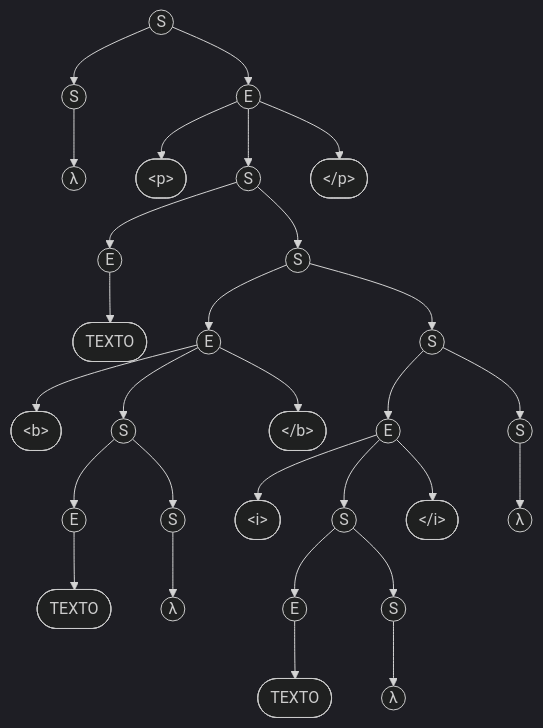
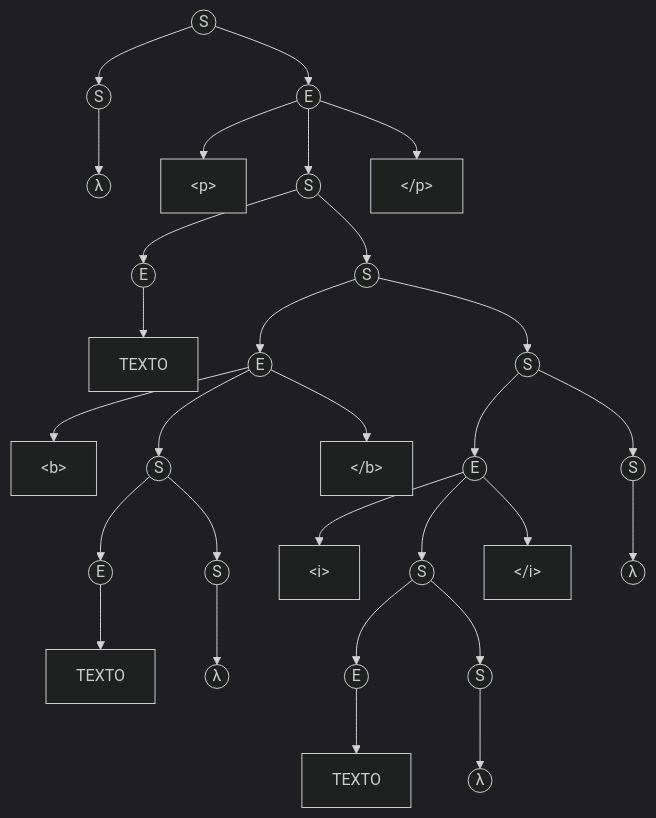
Before and after one commit to PedroGattiUCC/minihtml-parser: the second of 2 diagrams in docs/Fase1_Gramatica.md, drawn with Mermaid (dark theme). The commit also changed other lines of this file and 1 other file, not shown here.

````diff
--- a/docs/Fase1_Gramatica.md
+++ b/docs/Fase1_Gramatica.md
@@ -75,36 +147,36 @@
 ```mermaid
 graph TD
     S0((S)) --> E1((E))
     S0 --> S1((S))
     S1 --> lam1((λ))
     
-    E1 --> tagP_o(["&lt;p&gt;"])
+    E1 --> p_open["&lt;p&gt;"]
     E1 --> S2((S))
-    E1 --> tagP_c(["&lt;/p&gt;"])
+    E1 --> p_close["&lt;/p&gt;"]
     
     S2 --> E2((E))
     S2 --> S3((S))
-    E2 --> T1(["TEXTO"])
+    E2 --> T1["TEXTO"]
     
     S3 --> E3((E))
     S3 --> S4((S))
-    E3 --> tagB_o(["&lt;b&gt;"])
+    E3 --> b_open["&lt;b&gt;"]
     E3 --> S5((S))
-    E3 --> tagB_c(["&lt;/b&gt;"])
+    E3 --> b_close["&lt;/b&gt;"]
     S5 --> E4((E))
     S5 --> S6((S))
-    E4 --> T2(["TEXTO"])
+    E4 --> T2["TEXTO"]
     S6 --> lam2((λ))
     
     S4 --> E5((E))
     S4 --> S7((S))
-    E5 --> tagI_o(["&lt;i&gt;"])
+    E5 --> i_open["&lt;i&gt;"]
     E5 --> S8((S))
-    E5 --> tagI_c(["&lt;/i&gt;"])
+    E5 --> i_close["&lt;/i&gt;"]
     S8 --> E6((E))
     S8 --> S9((S))
-    E6 --> T3(["TEXTO"])
+    E6 --> T3["TEXTO"]
     S9 --> lam3((λ))
     
     S7 --> lam4((λ))
 ```
````
